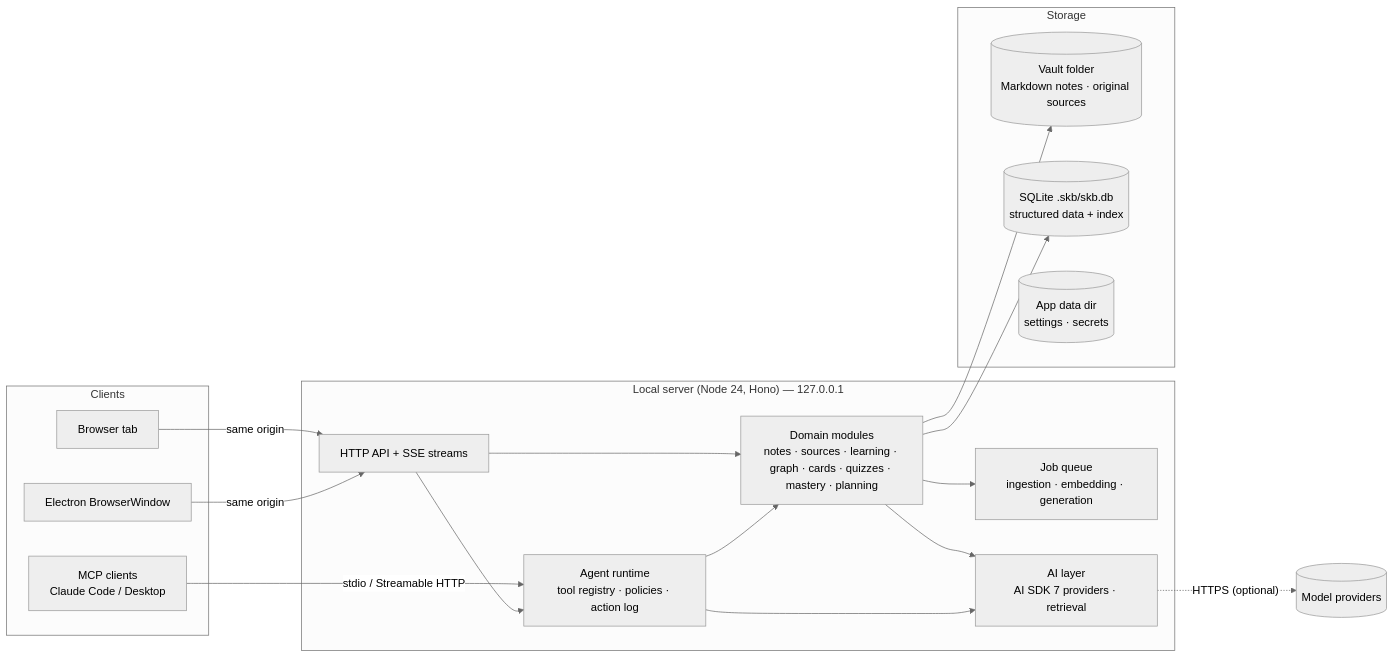
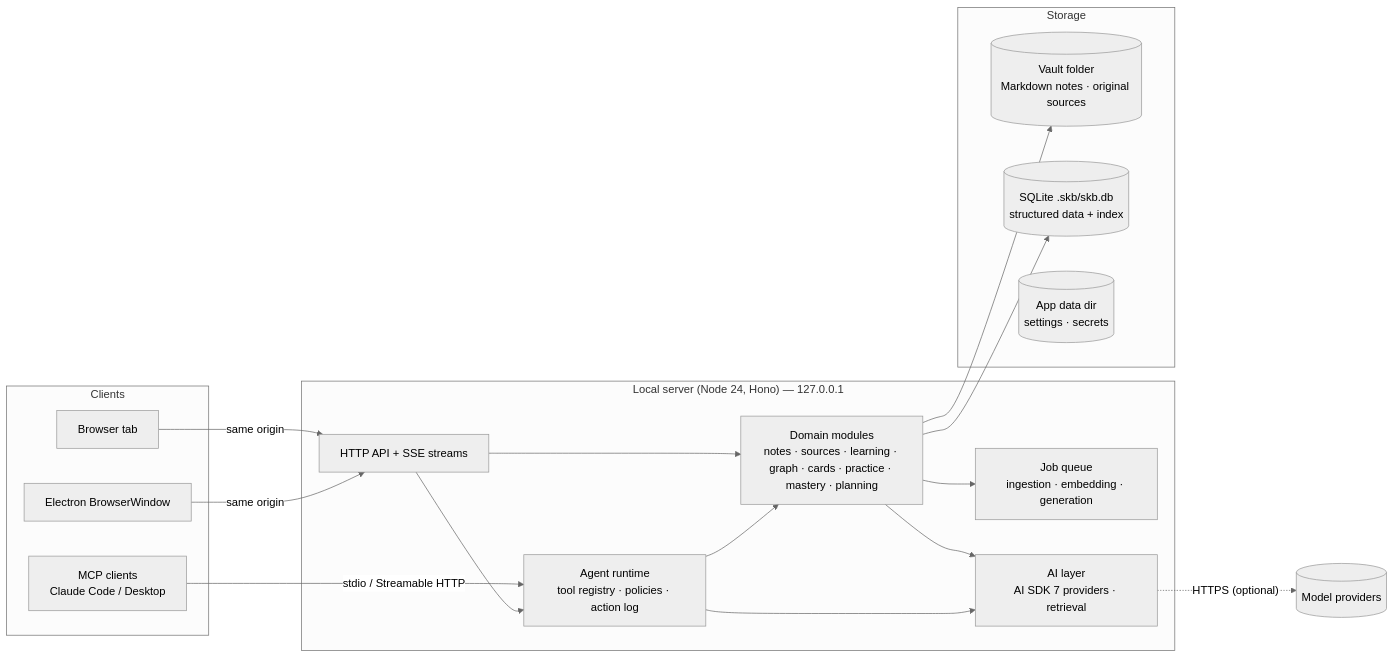
Before and after one commit to WilliamKyaww/manuscript: the diagram in docs/prd/architecture.md, drawn with Mermaid (neutral theme). The commit also changed other lines of this file and 9 other files, not shown here.

First line of the commit message:
docs: add the practice and mastery guides, ADR-0032 and the Phase 9 PRD details

````diff
--- a/docs/prd/architecture.md
+++ b/docs/prd/architecture.md
@@ -10,32 +10,32 @@
 ```mermaid
 flowchart LR
   subgraph Clients
     B[Browser tab]
     E[Electron BrowserWindow]
     M[MCP clients<br/>Claude Code / Desktop]
   end
   subgraph Server["Local server (Node 24, Hono) — 127.0.0.1"]
     API[HTTP API + SSE streams]
-    MOD[Domain modules<br/>notes · sources · learning · graph · cards · quizzes · mastery · planning]
+    MOD[Domain modules<br/>notes · sources · learning · graph · cards · practice · mastery · planning]
     AG[Agent runtime<br/>tool registry · policies · action log]
     JOB[Job queue<br/>ingestion · embedding · generation]
     AI[AI layer<br/>AI SDK 7 providers · retrieval]
   end
   subgraph Storage
     V[(Vault folder<br/>Markdown notes · original sources)]
     D[(SQLite .skb/skb.db<br/>structured data + index)]
     S[(App data dir<br/>settings · secrets)]
   end
   B -- "same origin" --> API
   E -- "same origin" --> API
   M -- "stdio / Streamable HTTP" --> AG
   API --> MOD
   API --> AG
   AG --> MOD
   MOD --> JOB
   MOD --> AI
   AG --> AI
   MOD --> V
   MOD --> D
   AI -. "HTTPS (optional)" .-> P[(Model providers)]
 ```
````
